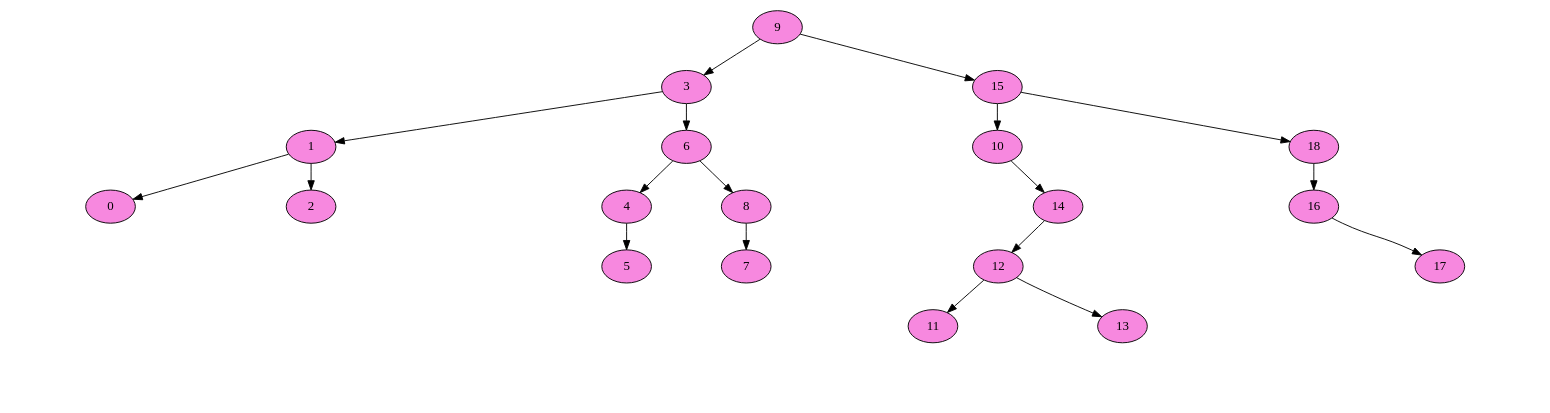
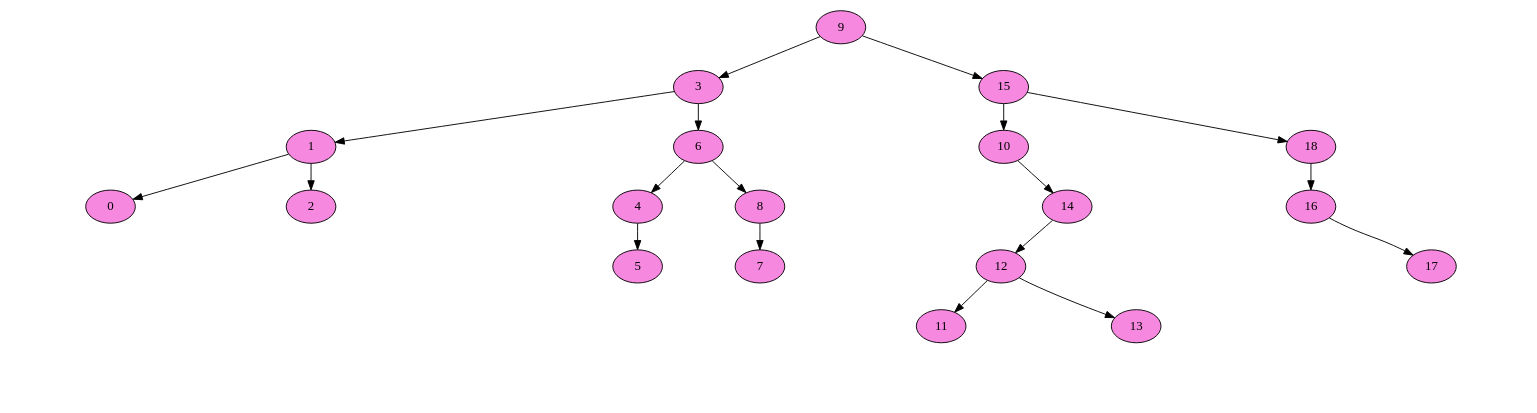
Before and after one commit to Serch-ING/EDD_UDRAWING_202000119: the diagram in FASE 2/Grafico/3000_ArbolCapas.dot, drawn with Graphviz. The commit also changed 19 other files, not shown here.

```diff
--- a/FASE 2/Grafico/3000_ArbolCapas.dot
+++ b/FASE 2/Grafico/3000_ArbolCapas.dot
@@ -1,99 +1,99 @@
 digraph G {
 nodesep=0; 
 ranksep=0.4;
 node[style = filled fillcolor="#F788DF"];
 	NodoABB9[ label="9"  ];
 	NodoABB3[ label="3"];
 NodoABB9->NodoABB3
 	NodoABB3[ label="3"  ];
 	NodoABB1[ label="1"];
 NodoABB3->NodoABB1
 	NodoABB1[ label="1"  ];
 	NodoABB0[ label="0"];
 NodoABB1->NodoABB0
-Invisible1320761834[style=invis];
-NodoABB0-> Invisible1320761834[arrowsize=0 style= invisible] 
-Invisible1320761834[style=invis];
-NodoABB0-> Invisible1320761834[arrowsize=0 style= invisible] 
+Invisible1947287903[style=invis];
+NodoABB0-> Invisible1947287903[arrowsize=0 style= invisible] 
+Invisible1947287903[style=invis];
+NodoABB0-> Invisible1947287903[arrowsize=0 style= invisible] 
 	NodoABB1[ label="1"];
 	NodoABB2[ label="2" ];
 NodoABB1->NodoABB2
-Invisible1825885257[style=invis];
-NodoABB2-> Invisible1825885257[arrowsize=0 style= invisible] 
-Invisible1825885257[style=invis];
-NodoABB2-> Invisible1825885257[arrowsize=0 style= invisible] 
+Invisible2122310284[style=invis];
+NodoABB2-> Invisible2122310284[arrowsize=0 style= invisible] 
+Invisible2122310284[style=invis];
+NodoABB2-> Invisible2122310284[arrowsize=0 style= invisible] 
 	NodoABB3[ label="3"];
 	NodoABB6[ label="6" ];
 NodoABB3->NodoABB6
 	NodoABB6[ label="6"  ];
 	NodoABB4[ label="4"];
 NodoABB6->NodoABB4
-Invisible101608289[style=invis];
-NodoABB4-> Invisible101608289[arrowsize=0 style= invisible] 
+Invisible1980783580[style=invis];
+NodoABB4-> Invisible1980783580[arrowsize=0 style= invisible] 
 	NodoABB4[ label="4"];
 	NodoABB5[ label="5" ];
 NodoABB4->NodoABB5
-Invisible689327212[style=invis];
-NodoABB5-> Invisible689327212[arrowsize=0 style= invisible] 
-Invisible689327212[style=invis];
-NodoABB5-> Invisible689327212[arrowsize=0 style= invisible] 
+Invisible2039028101[style=invis];
+NodoABB5-> Invisible2039028101[arrowsize=0 style= invisible] 
+Invisible2039028101[style=invis];
+NodoABB5-> Invisible2039028101[arrowsize=0 style= invisible] 
 	NodoABB6[ label="6"];
 	NodoABB8[ label="8" ];
 NodoABB6->NodoABB8
 	NodoABB8[ label="8"  ];
 	NodoABB7[ label="7"];
 NodoABB8->NodoABB7
-Invisible786912973[style=invis];
-NodoABB7-> Invisible786912973[arrowsize=0 style= invisible] 
-Invisible786912973[style=invis];
-NodoABB7-> Invisible786912973[arrowsize=0 style= invisible] 
-Invisible1687908828[style=invis];
-NodoABB8-> Invisible1687908828[arrowsize=0 style= invisible] 
+Invisible124560466[style=invis];
+NodoABB7-> Invisible124560466[arrowsize=0 style= invisible] 
+Invisible124560466[style=invis];
+NodoABB7-> Invisible124560466[arrowsize=0 style= invisible] 
+Invisible109465009[style=invis];
+NodoABB8-> Invisible109465009[arrowsize=0 style= invisible] 
 	NodoABB9[ label="9"];
 	NodoABB15[ label="15" ];
 NodoABB9->NodoABB15
 	NodoABB15[ label="15"  ];
 	NodoABB10[ label="10"];
 NodoABB15->NodoABB10
-Invisible289098573[style=invis];
-NodoABB10-> Invisible289098573[arrowsize=0 style= invisible] 
+Invisible1924933638[style=invis];
+NodoABB10-> Invisible1924933638[arrowsize=0 style= invisible] 
 	NodoABB10[ label="10"];
 	NodoABB14[ label="14" ];
 NodoABB10->NodoABB14
 	NodoABB14[ label="14"  ];
 	NodoABB12[ label="12"];
 NodoABB14->NodoABB12
 	NodoABB12[ label="12"  ];
 	NodoABB11[ label="11"];
 NodoABB12->NodoABB11
-Invisible181731370[style=invis];
-NodoABB11-> Invisible181731370[arrowsize=0 style= invisible] 
-Invisible181731370[style=invis];
-NodoABB11-> Invisible181731370[arrowsize=0 style= invisible] 
+Invisible1128813285[style=invis];
+NodoABB11-> Invisible1128813285[arrowsize=0 style= invisible] 
+Invisible1128813285[style=invis];
+NodoABB11-> Invisible1128813285[arrowsize=0 style= invisible] 
 	NodoABB12[ label="12"];
 	NodoABB13[ label="13" ];
 NodoABB12->NodoABB13
-Invisible504393347[style=invis];
-NodoABB13-> Invisible504393347[arrowsize=0 style= invisible] 
-Invisible504393347[style=invis];
-NodoABB13-> Invisible504393347[arrowsize=0 style= invisible] 
-Invisible565901580[style=invis];
-NodoABB14-> Invisible565901580[arrowsize=0 style= invisible] 
+Invisible560214250[style=invis];
+NodoABB13-> Invisible560214250[arrowsize=0 style= invisible] 
+Invisible560214250[style=invis];
+NodoABB13-> Invisible560214250[arrowsize=0 style= invisible] 
+Invisible356190898[style=invis];
+NodoABB14-> Invisible356190898[arrowsize=0 style= invisible] 
 	NodoABB15[ label="15"];
 	NodoABB18[ label="18" ];
 NodoABB15->NodoABB18
 	NodoABB18[ label="18"  ];
 	NodoABB16[ label="16"];
 NodoABB18->NodoABB16
-Invisible1787871061[style=invis];
-NodoABB16-> Invisible1787871061[arrowsize=0 style= invisible] 
+Invisible106228747[style=invis];
+NodoABB16-> Invisible106228747[arrowsize=0 style= invisible] 
 	NodoABB16[ label="16"];
 	NodoABB17[ label="17" ];
 NodoABB16->NodoABB17
-Invisible1223046781[style=invis];
-NodoABB17-> Invisible1223046781[arrowsize=0 style= invisible] 
-Invisible1223046781[style=invis];
-NodoABB17-> Invisible1223046781[arrowsize=0 style= invisible] 
-Invisible1436499348[style=invis];
-NodoABB18-> Invisible1436499348[arrowsize=0 style= invisible] 
+Invisible118118750[style=invis];
+NodoABB17-> Invisible118118750[arrowsize=0 style= invisible] 
+Invisible118118750[style=invis];
+NodoABB17-> Invisible118118750[arrowsize=0 style= invisible] 
+Invisible124377653[style=invis];
+NodoABB18-> Invisible124377653[arrowsize=0 style= invisible] 
 }
```
